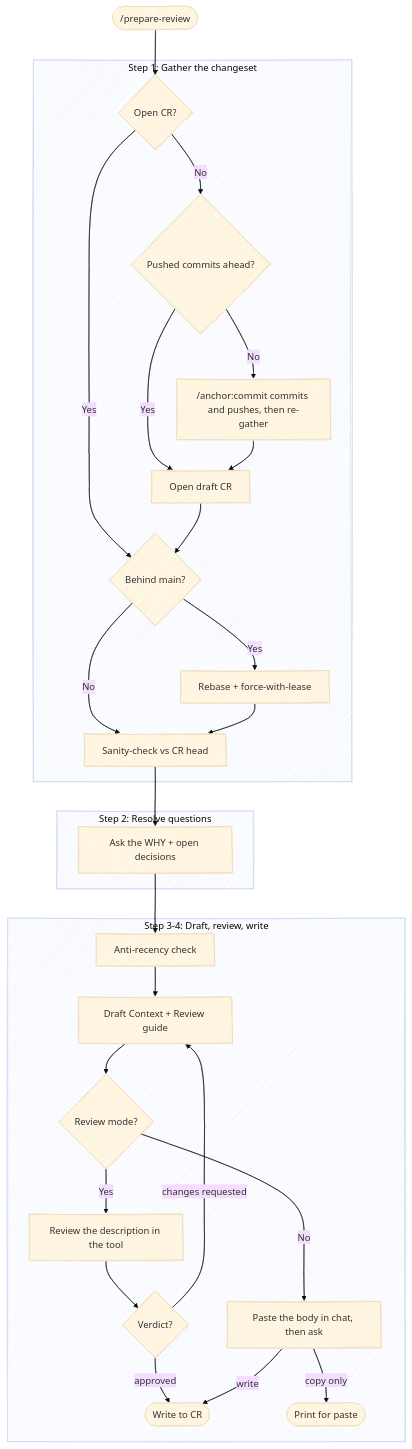
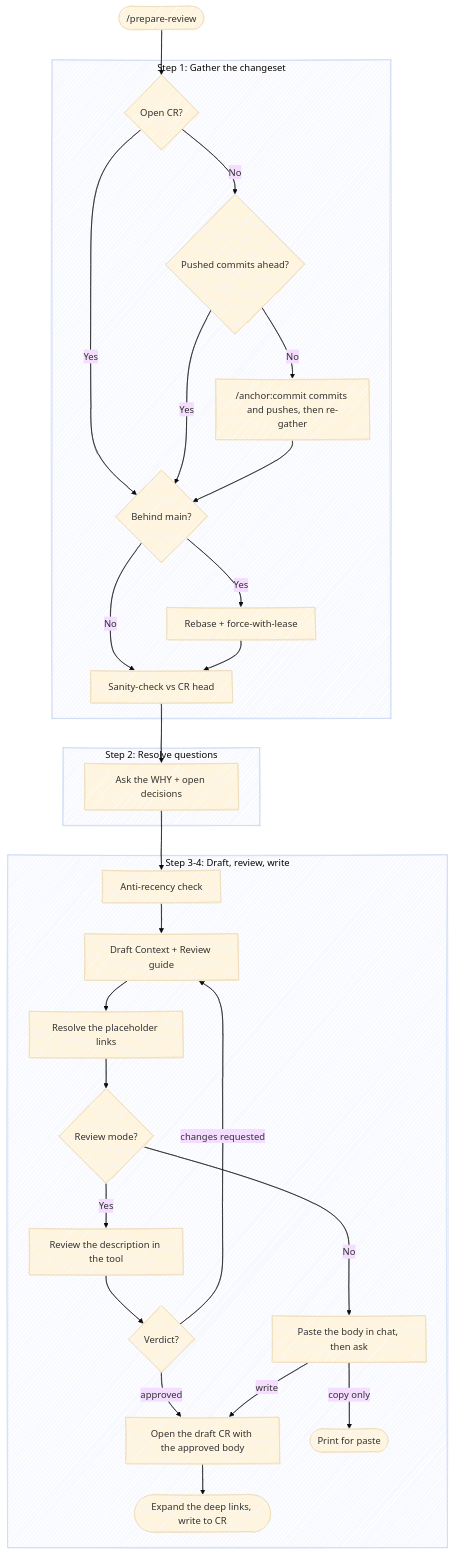
Before and after one commit to chris-peterson/anchor: the diagram in skills/prepare-review/SKILL.md, drawn with Mermaid (base theme). The commit also changed other lines of this file and 9 other files, not shown here.

````diff
--- a/skills/prepare-review/SKILL.md
+++ b/skills/prepare-review/SKILL.md
@@ -17,34 +17,35 @@
 ```mermaid
 %%{ init: { 'look': 'handDrawn' } }%%
 flowchart TD
     Start(["/prepare-review"]) --> CR{Open CR?}
 
     subgraph "Step 1: Gather the changeset"
         CR -->|No| Pushed{Pushed commits ahead?}
         CR -->|Yes| Behind
         Pushed -->|No| Commit["/anchor:commit commits and pushes, then re-gather"]
-        Pushed -->|Yes| MakeCR["Open draft CR"]
-        Commit --> MakeCR
-        MakeCR --> Behind{Behind main?}
+        Pushed -->|Yes| Behind
+        Commit --> Behind{Behind main?}
         Behind -->|Yes| DoRebase["Rebase + force-with-lease"]
         Behind -->|No| StateCheck
         DoRebase --> StateCheck["Sanity-check vs CR head"]
     end
 
     subgraph "Step 2: Resolve questions"
         StateCheck --> Why["Ask the WHY + open decisions"]
     end
 
     subgraph "Step 3-4: Draft, review, write"
         Why --> Recency["Anti-recency check"]
         Recency --> Draft["Draft Context + Review guide"]
-        Draft --> Backend{Review mode?}
+        Draft --> Resolve["Resolve the placeholder links"]
+        Resolve --> Backend{Review mode?}
         Backend -->|Yes| InTool["Review the description in the tool"]
         Backend -->|No| Chat["Paste the body in chat, then ask"]
         InTool --> Verdict{Verdict?}
-        Verdict -->|approved| Forge(["Write to CR"])
+        Verdict -->|approved| Open["Open the draft CR with the approved body"]
         Verdict -->|changes requested| Draft
-        Chat -->|write| Forge
+        Chat -->|write| Open
         Chat -->|copy only| CopyOnly(["Print for paste"])
+        Open --> Forge(["Expand the deep links, write to CR"])
     end
 ```
````
